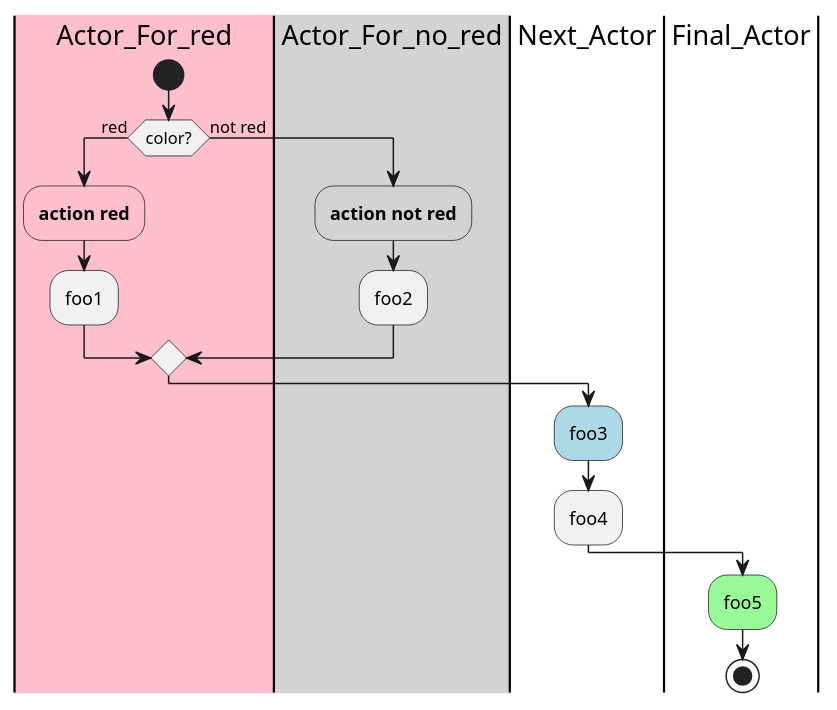
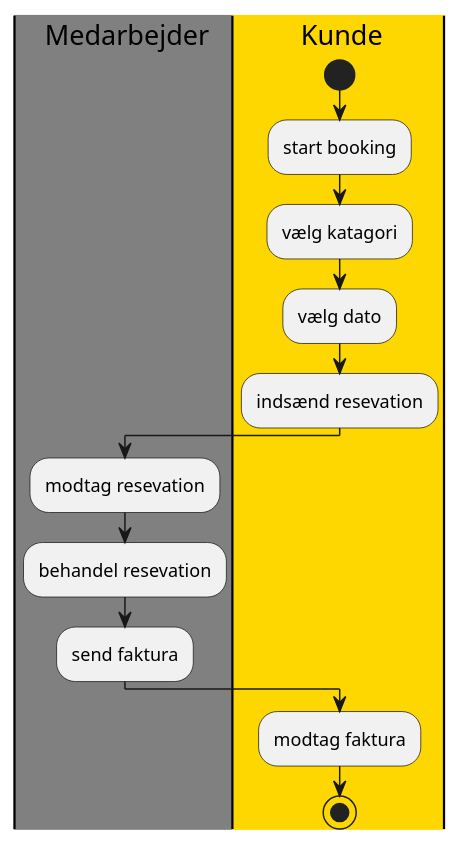
Before and after one commit to JonathanIdehen/Team-A2-repository: the diagram in Øvelser/Biludlejer_BPMN.plantuml, drawn with PlantUML. The commit also changed 4 other files, not shown here.

Commit message:
Fjernet tidligere forkerte BPMN under biludlejer opgaver Tilføjet ny rigtig BPMN for biludlejer under opgaver Tilføjet nye templates for Use Case Diagram, SSD, DCD og BPMN i template mappe

```diff
--- a/Øvelser/Biludlejer_BPMN.plantuml
+++ b/Øvelser/Biludlejer_BPMN.plantuml
@@ -1,20 +1,18 @@
 @startuml
 
-|#pink|Actor_For_red|
+|#grey|m| Medarbejder
+|#gold|k| Kunde
+|k|
 start
-if (color?) is (red) then
-#pink:**action red**;
-:foo1;
-else (not red)
-|#lightgray|Actor_For_no_red|
-#lightgray:**action not red**;
-:foo2;
-endif
-|Next_Actor|
-#lightblue:foo3;
-:foo4;
-|Final_Actor|
-#palegreen:foo5;
+:start booking; 
+:vælg katagori;
+:vælg dato;
+:indsænd resevation;
+|m|
+:modtag resevation;
+:behandel resevation;
+:send faktura;
+|k|
+:modtag faktura;
 stop
-
 @enduml
```
